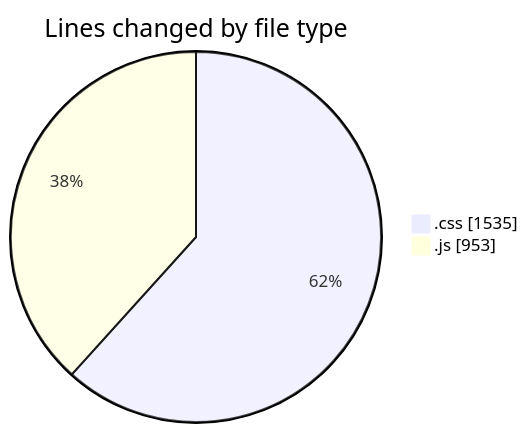
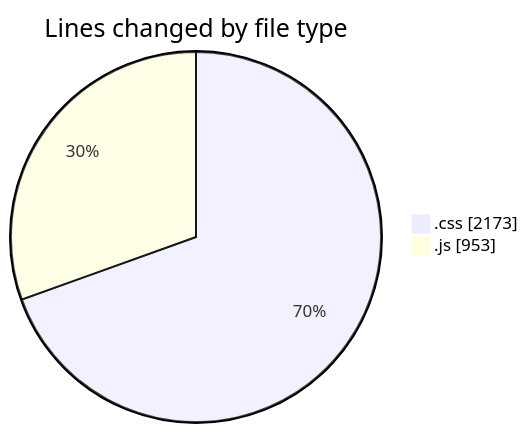
Before and after one commit to tmsrecording-cyber/code-tracking: the first of 2 diagrams in 2026-04-23/darkwire/README.md, drawn with Mermaid. The commit also changed other lines of this file and 1 other file, not shown here.

````diff
--- a/2026-04-23/darkwire/README.md
+++ b/2026-04-23/darkwire/README.md
@@ -23,6 +25,6 @@
 ```mermaid
 pie showData
 title Lines changed by file type
-".css" : 1535
+".css" : 2173
 ".js" : 953
 ```
````
